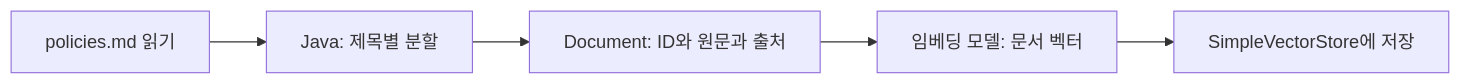
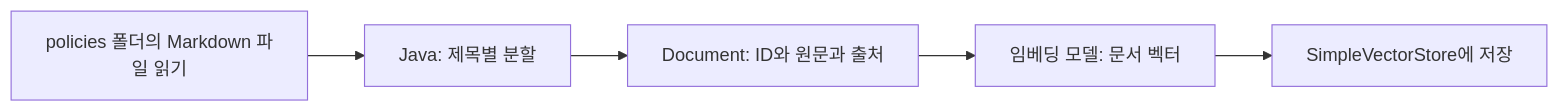
The diagram in Spring-AI-Agent-Learning/docs/lessons/10-rag/03-custom-indexing.md (Justin-ad-Park/SpringShoppingAI), drawn with Mermaid before and after one commit. The commit also changed other lines of this file and 10 other files, not shown here.

````diff
--- a/Spring-AI-Agent-Learning/docs/lessons/10-rag/03-custom-indexing.md
+++ b/Spring-AI-Agent-Learning/docs/lessons/10-rag/03-custom-indexing.md
@@ -48,7 +58,7 @@
 ```mermaid
 flowchart LR
-    F[policies.md 읽기] --> S[Java: 제목별 분할]
+    F[policies 폴더의 Markdown 파일 읽기] --> S[Java: 제목별 분할]
     S --> D[Document: ID와 원문과 출처]
     D --> E[임베딩 모델: 문서 벡터]
     E --> V[SimpleVectorStore에 저장]
 ```
````
